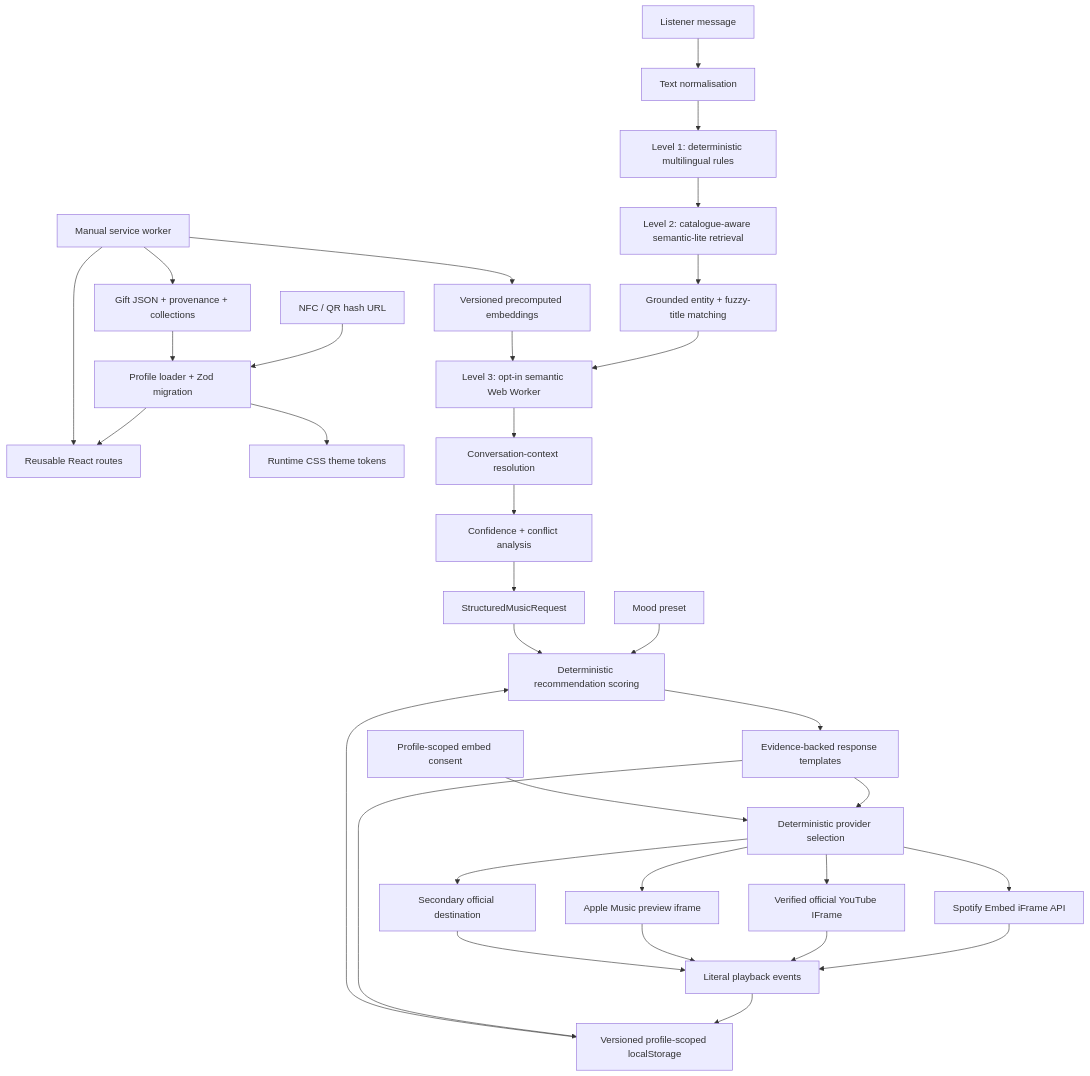
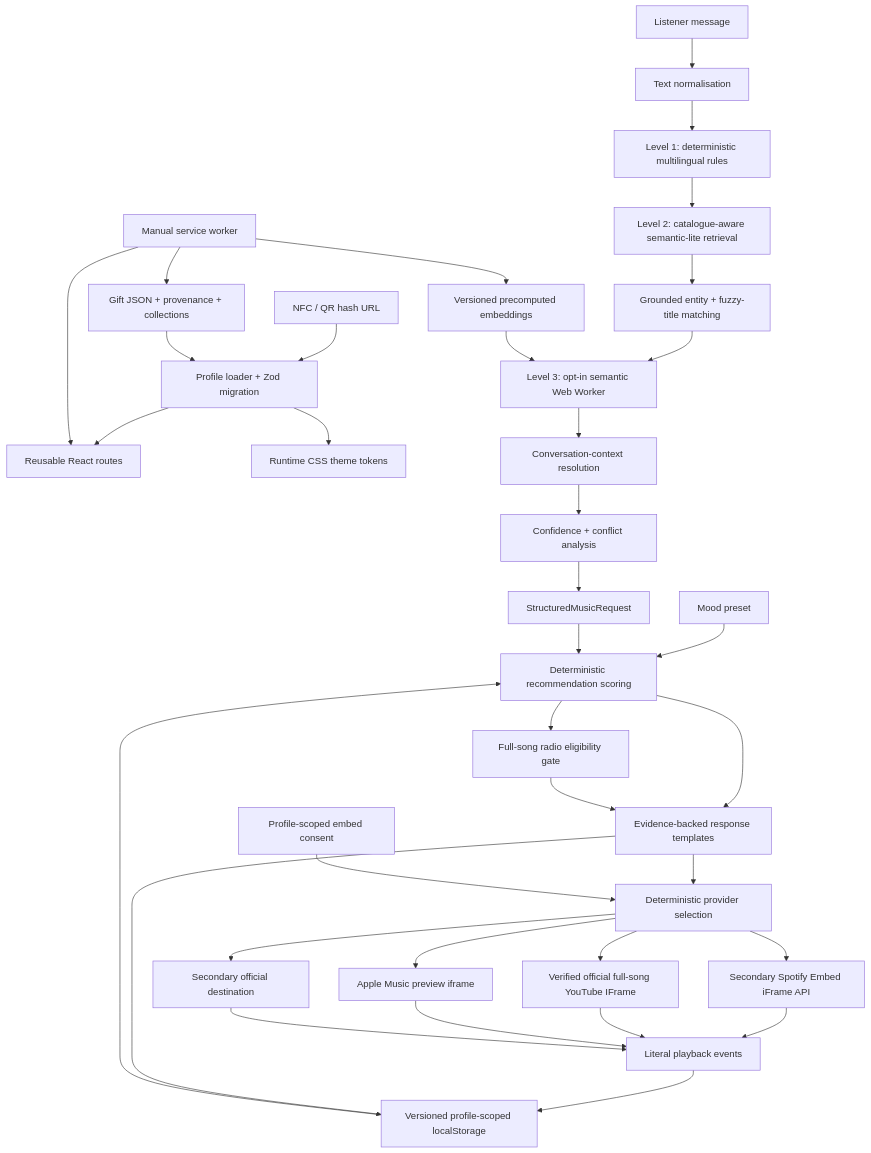
The diagram in README.md (Wissebo-Abdulmajid/pink-fm), drawn with Mermaid before and after one commit. The commit also changed other lines of this file and 51 other files, not shown here.

Commit message:
Add guaranteed full-song playback gate

````diff
--- a/README.md
+++ b/README.md
@@ -109,38 +114,40 @@
 ```mermaid
 flowchart TD
   URL["NFC / QR hash URL"] --> Loader["Profile loader + Zod migration"]
   JSON["Gift JSON + provenance + collections"] --> Loader
   Loader --> UI["Reusable React routes"]
   Loader --> Theme["Runtime CSS theme tokens"]
 
   Message["Listener message"] --> Normalise["Text normalisation"]
   Normalise --> Rules["Level 1: deterministic multilingual rules"]
   Rules --> Lite["Level 2: catalogue-aware semantic-lite retrieval"]
   Lite --> Entities["Grounded entity + fuzzy-title matching"]
   Entities --> Semantic["Level 3: opt-in semantic Web Worker"]
   Embeddings["Versioned precomputed embeddings"] --> Semantic
   Semantic --> Context["Conversation-context resolution"]
   Context --> Confidence["Confidence + conflict analysis"]
   Confidence --> Request["StructuredMusicRequest"]
 
   Preset["Mood preset"] --> Engine["Deterministic recommendation scoring"]
   Request --> Engine
   Storage["Versioned profile-scoped localStorage"] --> Engine
   Engine --> Response["Evidence-backed response templates"]
+  Engine --> Gate["Full-song radio eligibility gate"]
+  Gate --> Response
   Response --> Select["Deterministic provider selection"]
   Consent["Profile-scoped embed consent"] --> Select
-  Select --> Spotify["Spotify Embed iFrame API"]
-  Select --> YouTube["Verified official YouTube IFrame"]
+  Select --> YouTube["Verified official full-song YouTube IFrame"]
+  Select --> Spotify["Secondary Spotify Embed iFrame API"]
   Select --> Apple["Apple Music preview iframe"]
   Select --> Links["Secondary official destination"]
   Spotify --> Events["Literal playback events"]
   YouTube --> Events
   Apple --> Events
   Links --> Events
   Events --> Storage
   Response --> Storage
 
   SW["Manual service worker"] --> UI
   SW --> JSON
   SW --> Embeddings
 ```
````
